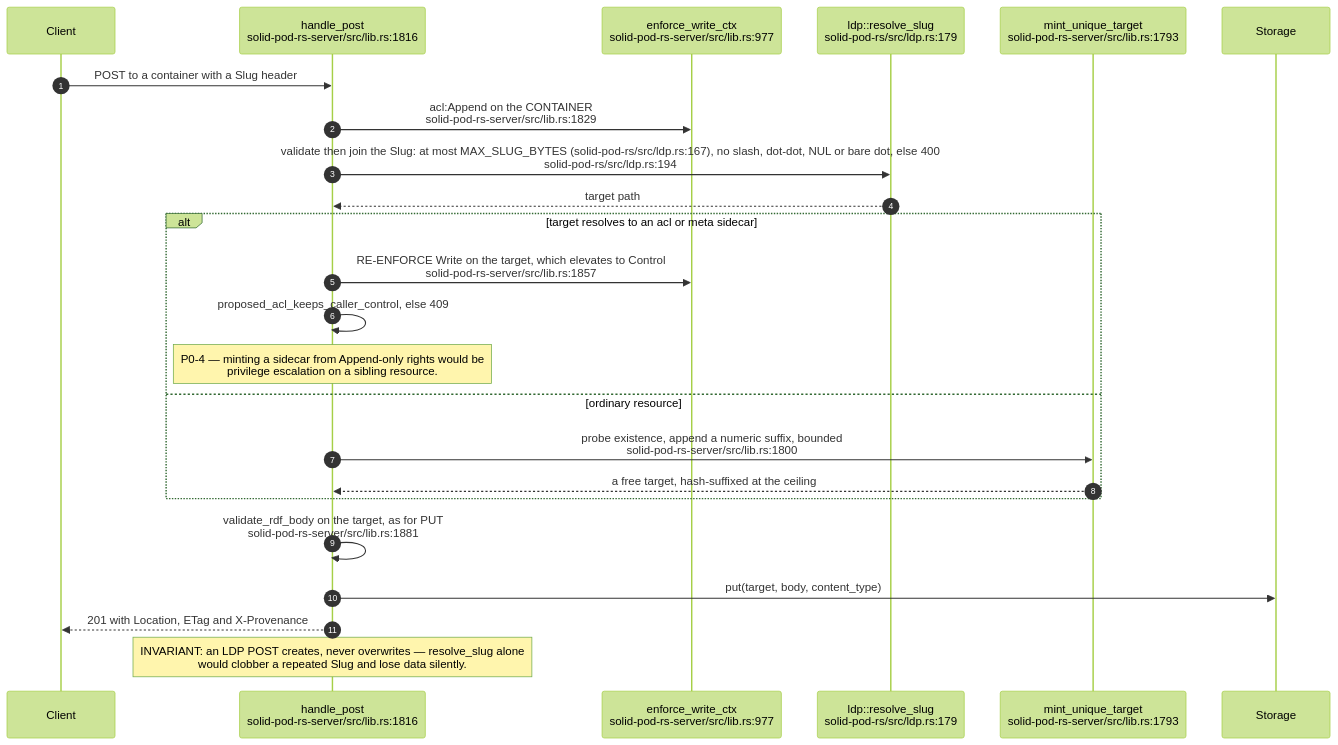
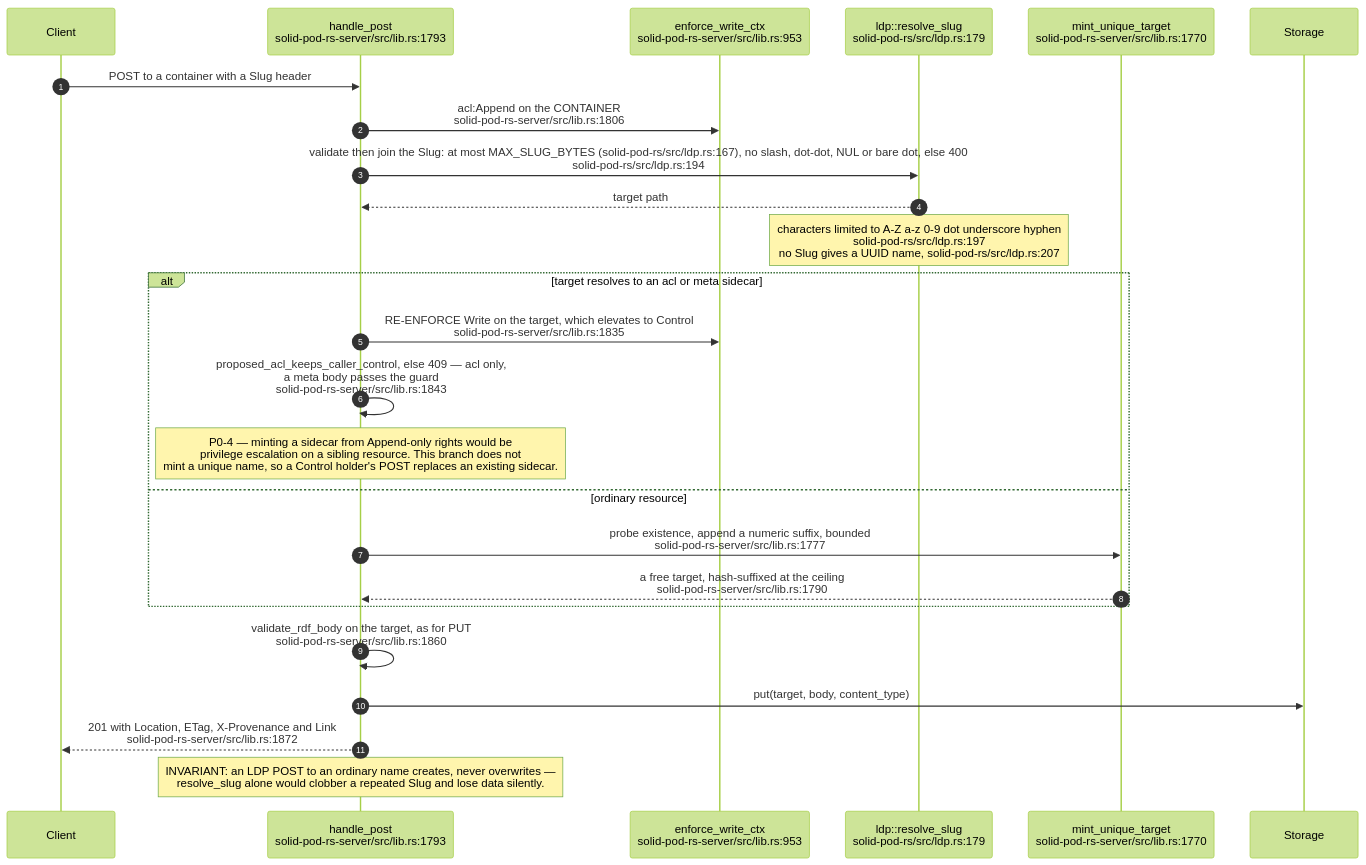
Before and after one commit to DreamLab-AI/VisionFlow: the fourth of 11 diagrams in docs/diagrams/solid-pod-rs/03-ldp-request-lifecycle.md, drawn with Mermaid (forest theme). The commit also changed other lines of this file and 47 other files, not shown here.

````diff
--- a/docs/diagrams/solid-pod-rs/03-ldp-request-lifecycle.md
+++ b/docs/diagrams/solid-pod-rs/03-ldp-request-lifecycle.md
@@ -127,27 +128,28 @@
 ```mermaid
 sequenceDiagram
     autonumber
     participant C as Client
-    participant P as handle_post<br/>solid-pod-rs-server/src/lib.rs:1816
-    participant W as enforce_write_ctx<br/>solid-pod-rs-server/src/lib.rs:977
+    participant P as handle_post<br/>solid-pod-rs-server/src/lib.rs:1793
+    participant W as enforce_write_ctx<br/>solid-pod-rs-server/src/lib.rs:953
     participant SL as ldp::resolve_slug<br/>solid-pod-rs/src/ldp.rs:179
-    participant MU as mint_unique_target<br/>solid-pod-rs-server/src/lib.rs:1793
+    participant MU as mint_unique_target<br/>solid-pod-rs-server/src/lib.rs:1770
     participant S as Storage
 
     C->>P: POST to a container with a Slug header
-    P->>W: acl:Append on the CONTAINER<br/>solid-pod-rs-server/src/lib.rs:1829
+    P->>W: acl:Append on the CONTAINER<br/>solid-pod-rs-server/src/lib.rs:1806
     P->>SL: validate then join the Slug: at most MAX_SLUG_BYTES (solid-pod-rs/src/ldp.rs:167), no slash, dot-dot, NUL or bare dot, else 400<br/>solid-pod-rs/src/ldp.rs:194
     SL-->>P: target path
+    Note over SL: characters limited to A-Z a-z 0-9 dot underscore hyphen<br/>solid-pod-rs/src/ldp.rs:197<br/>no Slug gives a UUID name, solid-pod-rs/src/ldp.rs:207
     alt target resolves to an acl or meta sidecar
-        P->>W: RE-ENFORCE Write on the target, which elevates to Control<br/>solid-pod-rs-server/src/lib.rs:1857
-        P->>P: proposed_acl_keeps_caller_control, else 409
-        Note over P: P0-4 — minting a sidecar from Append-only rights would be<br/>privilege escalation on a sibling resource.
+        P->>W: RE-ENFORCE Write on the target, which elevates to Control<br/>solid-pod-rs-server/src/lib.rs:1835
+        P->>P: proposed_acl_keeps_caller_control, else 409 — acl only,<br/>a meta body passes the guard<br/>solid-pod-rs-server/src/lib.rs:1843
+        Note over P: P0-4 — minting a sidecar from Append-only rights would be<br/>privilege escalation on a sibling resource. This branch does not<br/>mint a unique name, so a Control holder's POST replaces an existing sidecar.
     else ordinary resource
-        P->>MU: probe existence, append a numeric suffix, bounded<br/>solid-pod-rs-server/src/lib.rs:1800
-        MU-->>P: a free target, hash-suffixed at the ceiling
+        P->>MU: probe existence, append a numeric suffix, bounded<br/>solid-pod-rs-server/src/lib.rs:1777
+        MU-->>P: a free target, hash-suffixed at the ceiling<br/>solid-pod-rs-server/src/lib.rs:1790
     end
-    P->>P: validate_rdf_body on the target, as for PUT<br/>solid-pod-rs-server/src/lib.rs:1881
+    P->>P: validate_rdf_body on the target, as for PUT<br/>solid-pod-rs-server/src/lib.rs:1860
     P->>S: put(target, body, content_type)
-    P-->>C: 201 with Location, ETag and X-Provenance
-    Note over P: INVARIANT: an LDP POST creates, never overwrites — resolve_slug alone<br/>would clobber a repeated Slug and lose data silently.
+    P-->>C: 201 with Location, ETag, X-Provenance and Link<br/>solid-pod-rs-server/src/lib.rs:1872
+    Note over P: INVARIANT: an LDP POST to an ordinary name creates, never overwrites —<br/>resolve_slug alone would clobber a repeated Slug and lose data silently.
 ```
````
